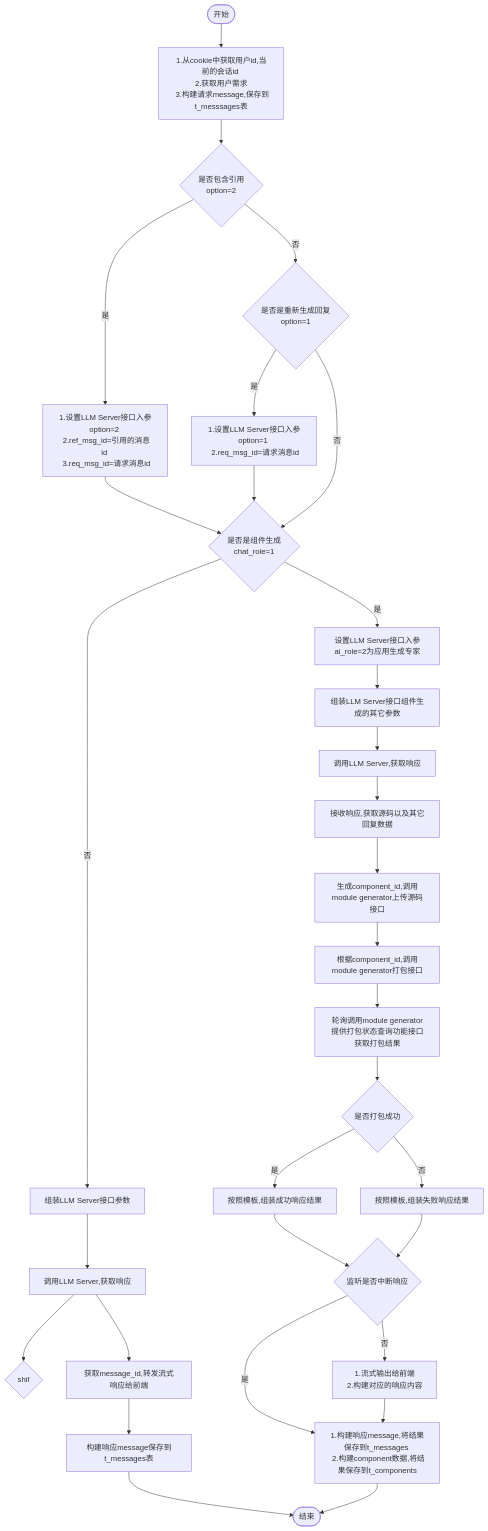
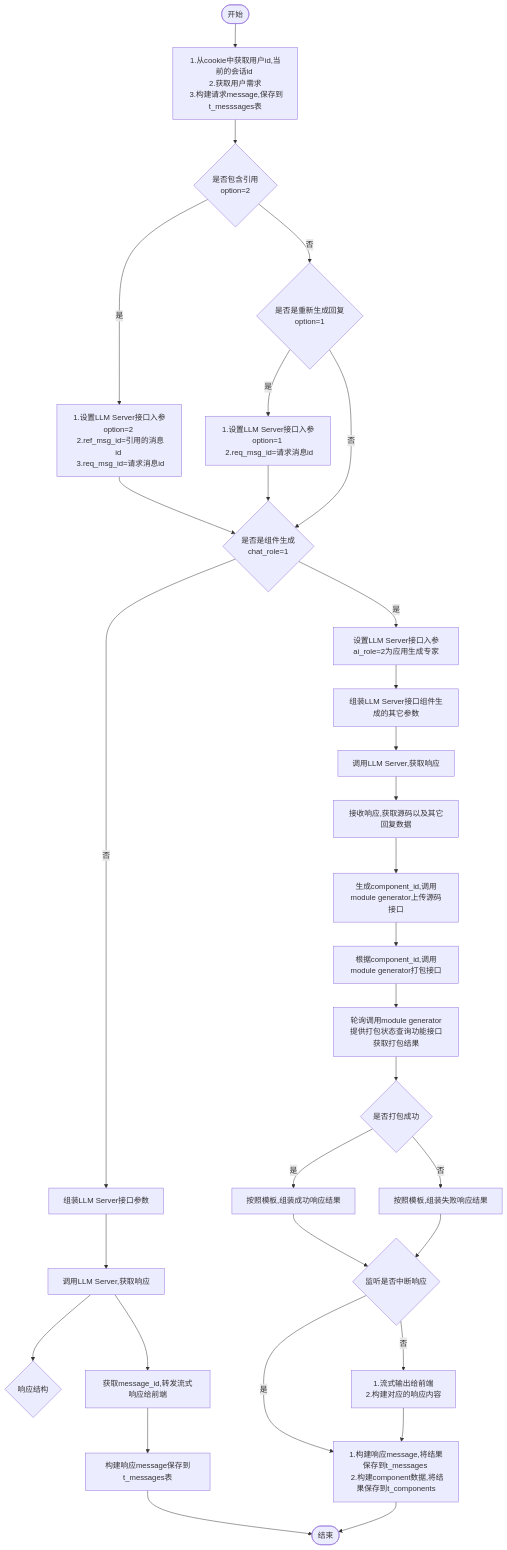
One commit to yingjianzh/iodraw-files changed the diagram in all/未命名-8.md. Above: the diagram before and after it, drawn with Mermaid.

Commit message:
2024-10-16 09:18:11 update

````diff
--- a/all/未命名-8.md
+++ b/all/未命名-8.md
@@ -1,37 +1,37 @@
 ```mermaid
 flowchart TD
     A([开始]) --> B[1.从cookie中获取用户id,当前的会话id \n 2.获取用户需求 \n 3.构建请求message,保存到t_messsages表]
     B--> D{是否包含引用 \n option=2}
     D -- 是 --> E[1.设置LLM Server接口入参option=2 \n 2.ref_msg_id=引用的消息id \n 3.req_msg_id=请求消息id]
     D -- 否 --> F{是否是重新生成回复\n option=1}
     F -- 是 --> G[1.设置LLM Server接口入参option=1 \n 2.req_msg_id=请求消息id]
     F -- 否 --> I
      
     E & G --> I{是否是组件生成 \n chat_role=1}
     I -- 否 --> M[组装LLM Server接口参数] 
     I -- 是 --> J[设置LLM Server接口入参ai_role=2为应用生成专家]
     
 
     J --> L[组装LLM Server接口组件生成的其它参数]    
     M --> N[调用LLM Server,获取响应]
-    N --> H{shif}    
+    N --> H{响应结构}    
     N --> O[获取message_id,转发流式响应给前端]
     O --> P[构建响应message保存到t_messages表]
     P --> R([结束])
 
 
     L --> S[调用LLM Server,获取响应]
     S --> T[接收响应,获取源码以及其它回复数据]
     T --> U[生成component_id,调用module generator上传源码接口]
     U --> V[根据component_id,调用module generator打包接口]
     V --> W[轮询调用module generator提供打包状态查询功能接口获取打包结果]
     W --> X{是否打包成功}
     X -- 是 --> Y[按照模板,组装成功响应结果]
     X -- 否 --> Z[按照模板,组装失败响应结果]
     Y & Z --> Done{监听是否中断响应}
     Done -- 是 --> Result
     Done -- 否 --> OutPut[1.流式输出给前端 \n 2.构建对应的响应内容]
 
     OutPut --> Result[1.构建响应message,将结果保存到t_messages \n 2.构建component数据,将结果保存到t_components]
     Result --> R
 ```
````
